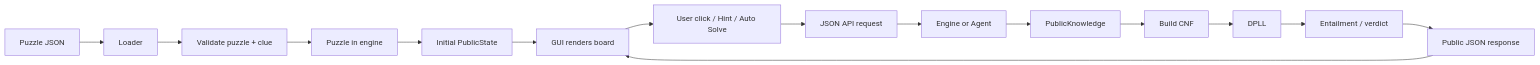
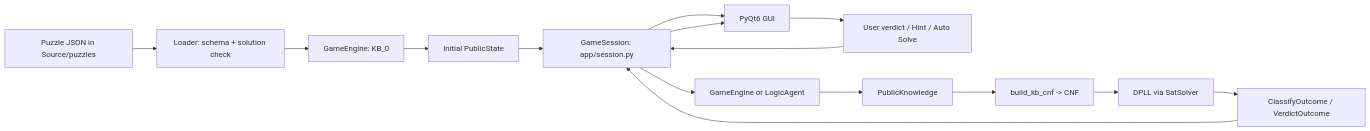
The second of 18 diagrams in Workflow.md (vannguyn/Griductive-Solver), drawn with Mermaid before and after one commit. The commit also changed other lines of this file, not shown here.

Commit message:
docs(workflow): replace HTTP API with GameSession/PyQt6 flow and sync contracts

````diff
--- a/Workflow.md
+++ b/Workflow.md
@@ -196,17 +222,17 @@
 ```mermaid
 flowchart LR
-    J[Puzzle JSON] --> L[Loader]
-    L --> V[Validate puzzle + clue]
-    V --> P[Puzzle in engine]
+    J[Puzzle JSON in Source/puzzles] --> L[Loader: schema + solution check]
+    L --> P[GameEngine: KB_0]
     P --> PS[Initial PublicState]
-    PS --> U[GUI renders board]
-    U --> Q[User click / Hint / Auto Solve]
-    Q --> R[JSON API request]
-    R --> E[Engine or Agent]
+    PS --> S[GameSession: app/session.py]
+    S --> U[PyQt6 GUI]
+    U --> Q[User verdict / Hint / Auto Solve]
+    Q --> S
+    S --> E[GameEngine or LogicAgent]
     E --> K[PublicKnowledge]
-    K --> C[Build CNF]
-    C --> D[DPLL]
-    D --> T[Entailment / verdict]
-    T --> O[Public JSON response]
-    O --> U
+    K --> C[build_kb_cnf -> CNF]
+    C --> D[DPLL via SatSolver]
+    D --> T[ClassifyOutcome / VerdictOutcome]
+    T --> S
+    S --> U
 ```
````
